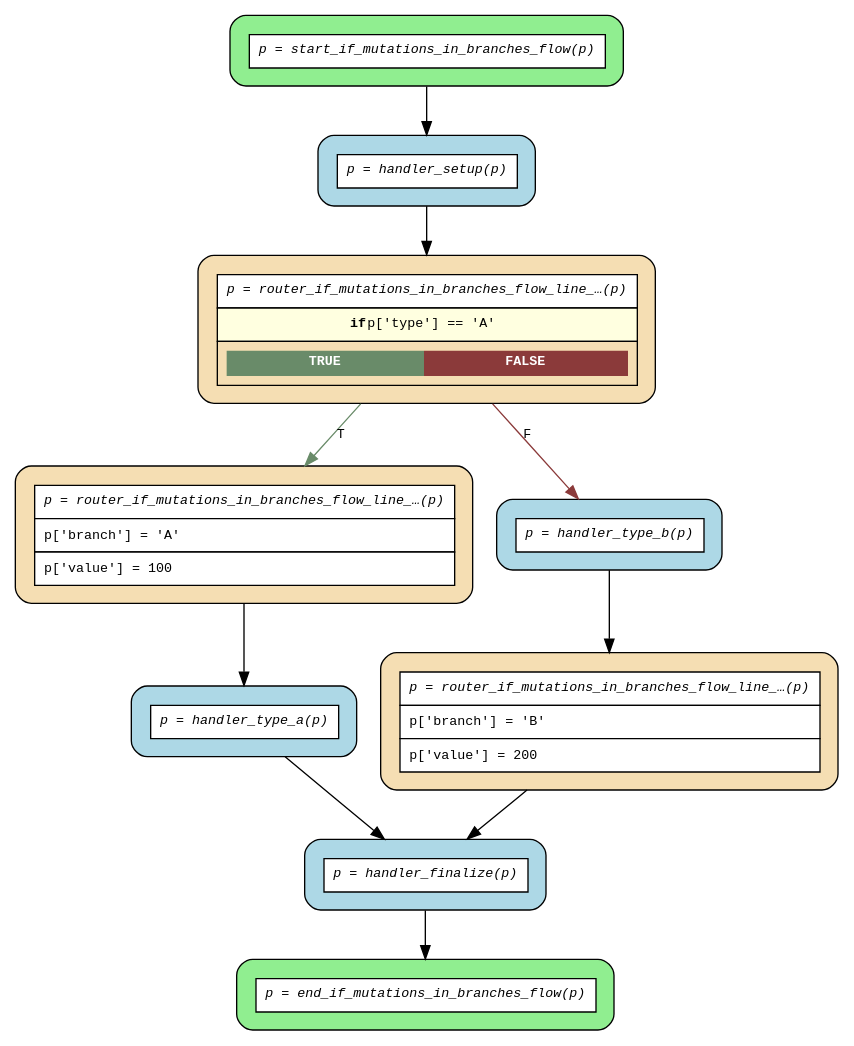
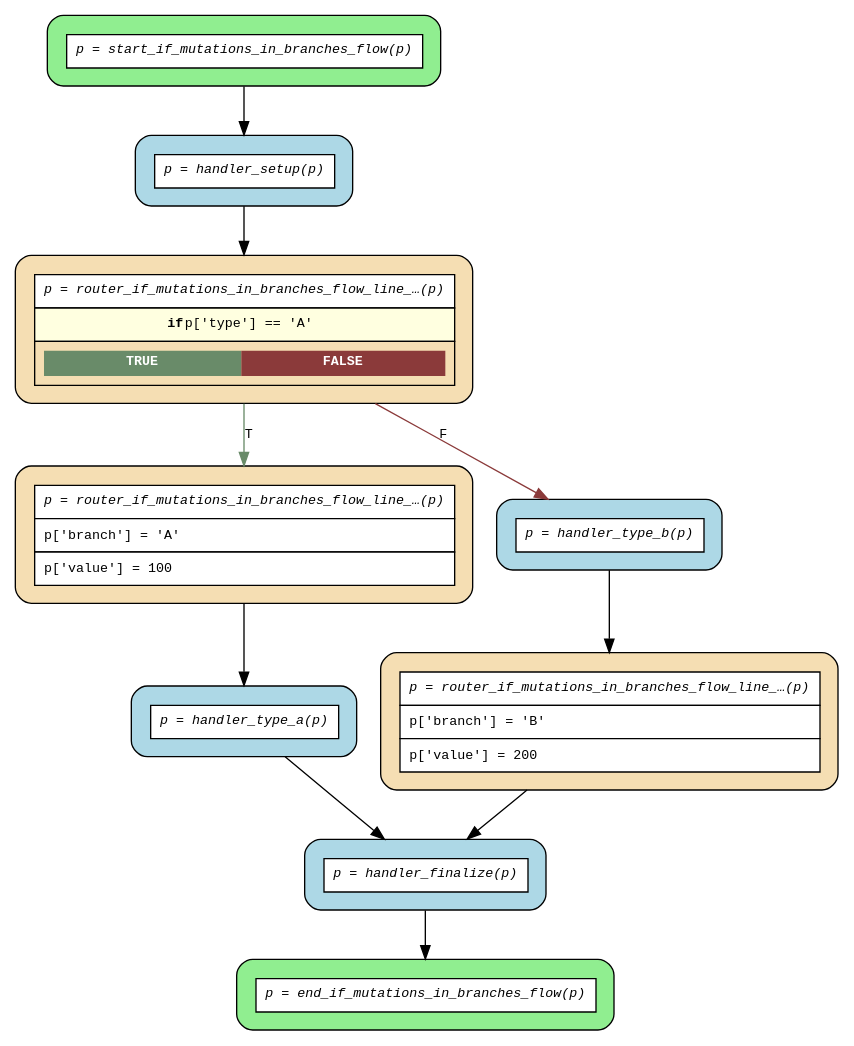
Before and after one commit to mrhillsman-enterprise-ai/asya: the diagram in examples/flows/compiled/if_mutations_in_branches/flow.dot, drawn with Graphviz. The commit also changed 98 other files, not shown here.

```diff
--- a/examples/flows/compiled/if_mutations_in_branches/flow.dot
+++ b/examples/flows/compiled/if_mutations_in_branches/flow.dot
@@ -1,26 +1,26 @@
 digraph flow {
   rankdir=TB;
   graph [fontname="Courier", fontsize=10];
   node [fontname="Courier", fontsize=10, shape=box, style="filled,rounded", margin="0.2"];
   edge [fontname="Courier", fontsize=10];
 
-  start_if_mutations_in_branches_flow [fillcolor="lightgreen", label=<<table border="0" cellspacing="0" cellpadding="6" cellborder="1"><tr><td bgcolor="white" align="center"><i>p = start_if_mutations_in_branches_flow(p)</i></td></tr></table>>];
-  router_if_mutations_in_branches_flow_line_11_seq [fillcolor="wheat", label=<<table border="0" cellspacing="0" cellpadding="6" cellborder="1"><tr><td bgcolor="white" align="center"><i>p = router_if_mutations_in_branches_flow_line_…(p)</i></td></tr><tr><td bgcolor="white" align="left">p['branch'] = 'A'</td></tr><tr><td bgcolor="white" align="left">p['value'] = 100</td></tr></table>>];
-  router_if_mutations_in_branches_flow_line_16_seq [fillcolor="wheat", label=<<table border="0" cellspacing="0" cellpadding="6" cellborder="1"><tr><td bgcolor="white" align="center"><i>p = router_if_mutations_in_branches_flow_line_…(p)</i></td></tr><tr><td bgcolor="white" align="left">p['branch'] = 'B'</td></tr><tr><td bgcolor="white" align="left">p['value'] = 200</td></tr></table>>];
-  router_if_mutations_in_branches_flow_line_10_if [fillcolor="wheat", label=<<table border="0" cellspacing="0" cellpadding="6" cellborder="1"><tr><td bgcolor="white" align="center"><i>p = router_if_mutations_in_branches_flow_line_…(p)</i></td></tr><tr><td bgcolor="lightyellow"><b>if</b> p['type'] == 'A'</td></tr><tr><td><table border="0" cellspacing="0" cellpadding="4"><tr><td bgcolor="darkseagreen4"><font color="white"><b>TRUE</b></font></td><td bgcolor="indianred4"><font color="white"><b>FALSE</b></font></td></tr></table></td></tr></table>>];
-  end_if_mutations_in_branches_flow [fillcolor="lightgreen", label=<<table border="0" cellspacing="0" cellpadding="6" cellborder="1"><tr><td bgcolor="white" align="center"><i>p = end_if_mutations_in_branches_flow(p)</i></td></tr></table>>];
+  start_if_mutations_in_branches_flow [fillcolor="lightgreen", group="main", label=<<table border="0" cellspacing="0" cellpadding="6" cellborder="1"><tr><td bgcolor="white" align="center"><i>p = start_if_mutations_in_branches_flow(p)</i></td></tr></table>>];
+  router_if_mutations_in_branches_flow_line_11_seq [fillcolor="wheat", group="main", label=<<table border="0" cellspacing="0" cellpadding="6" cellborder="1"><tr><td bgcolor="white" align="center"><i>p = router_if_mutations_in_branches_flow_line_…(p)</i></td></tr><tr><td bgcolor="white" align="left">p['branch'] = 'A'</td></tr><tr><td bgcolor="white" align="left">p['value'] = 100</td></tr></table>>];
+  router_if_mutations_in_branches_flow_line_16_seq [fillcolor="wheat", group="main", label=<<table border="0" cellspacing="0" cellpadding="6" cellborder="1"><tr><td bgcolor="white" align="center"><i>p = router_if_mutations_in_branches_flow_line_…(p)</i></td></tr><tr><td bgcolor="white" align="left">p['branch'] = 'B'</td></tr><tr><td bgcolor="white" align="left">p['value'] = 200</td></tr></table>>];
+  router_if_mutations_in_branches_flow_line_10_if [fillcolor="wheat", group="main", label=<<table border="0" cellspacing="0" cellpadding="6" cellborder="1"><tr><td bgcolor="white" align="center"><i>p = router_if_mutations_in_branches_flow_line_…(p)</i></td></tr><tr><td bgcolor="lightyellow"><b>if</b> p['type'] == 'A'</td></tr><tr><td><table border="0" cellspacing="0" cellpadding="4"><tr><td bgcolor="darkseagreen4"><font color="white"><b>TRUE</b></font></td><td bgcolor="indianred4"><font color="white"><b>FALSE</b></font></td></tr></table></td></tr></table>>];
+  end_if_mutations_in_branches_flow [fillcolor="lightgreen", group="main", label=<<table border="0" cellspacing="0" cellpadding="6" cellborder="1"><tr><td bgcolor="white" align="center"><i>p = end_if_mutations_in_branches_flow(p)</i></td></tr></table>>];
   handler_finalize [fillcolor="lightblue", label=<<table border="0" cellspacing="0" cellpadding="6" cellborder="1"><tr><td bgcolor="white" align="center"><i>p = handler_finalize(p)</i></td></tr></table>>];
   handler_setup [fillcolor="lightblue", label=<<table border="0" cellspacing="0" cellpadding="6" cellborder="1"><tr><td bgcolor="white" align="center"><i>p = handler_setup(p)</i></td></tr></table>>];
   handler_type_a [fillcolor="lightblue", label=<<table border="0" cellspacing="0" cellpadding="6" cellborder="1"><tr><td bgcolor="white" align="center"><i>p = handler_type_a(p)</i></td></tr></table>>];
   handler_type_b [fillcolor="lightblue", label=<<table border="0" cellspacing="0" cellpadding="6" cellborder="1"><tr><td bgcolor="white" align="center"><i>p = handler_type_b(p)</i></td></tr></table>>];
 
   handler_finalize -> end_if_mutations_in_branches_flow;
   handler_setup -> router_if_mutations_in_branches_flow_line_10_if;
   handler_type_a -> handler_finalize;
   handler_type_b -> router_if_mutations_in_branches_flow_line_16_seq;
   router_if_mutations_in_branches_flow_line_10_if -> handler_type_b [label="F", color=indianred4];
   router_if_mutations_in_branches_flow_line_10_if -> router_if_mutations_in_branches_flow_line_11_seq [label="T", color=darkseagreen4];
   router_if_mutations_in_branches_flow_line_11_seq -> handler_type_a;
   router_if_mutations_in_branches_flow_line_16_seq -> handler_finalize;
   start_if_mutations_in_branches_flow -> handler_setup;
 }
```
